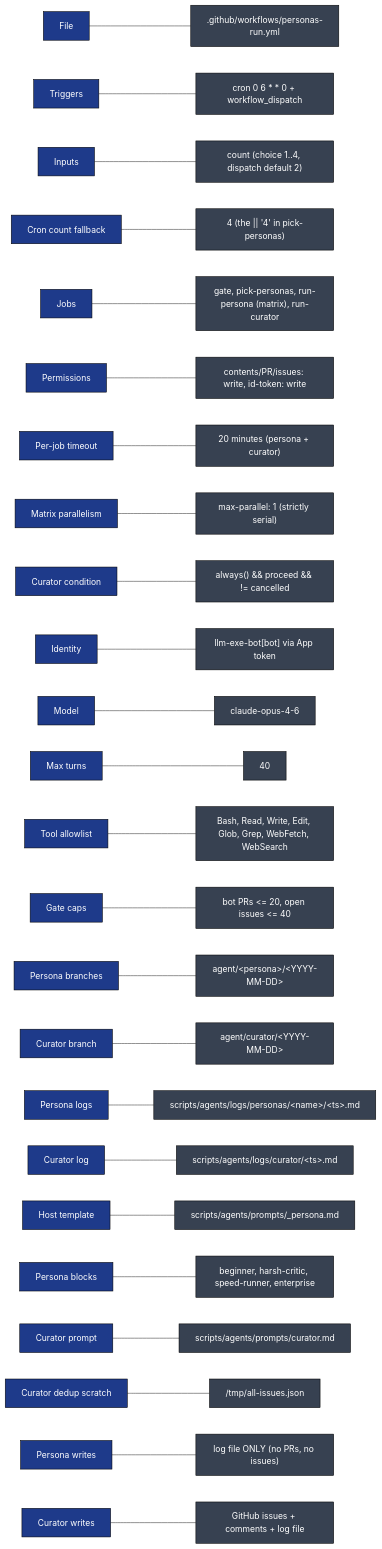
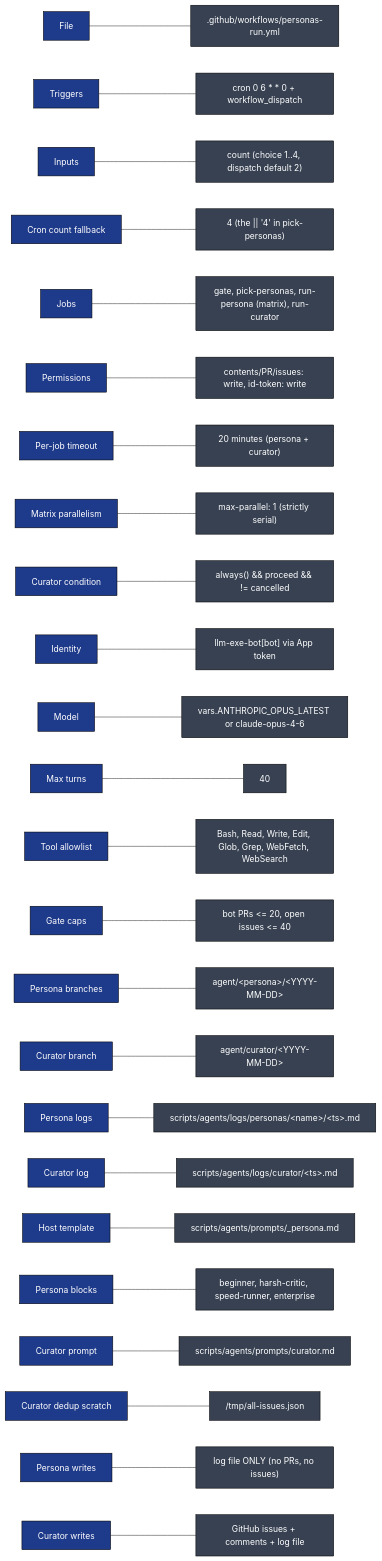
One commit to gregreindel/llm-exe changed diagram 12 of 12 in .github/docs/PERSONAS_RUN_DEEP_DIVE.md. Above: the diagram before and after it, drawn with Mermaid. The commit also changed other lines of this file and 7 other files, not shown here.

````diff
--- a/.github/docs/PERSONAS_RUN_DEEP_DIVE.md
+++ b/.github/docs/PERSONAS_RUN_DEEP_DIVE.md
@@ -668,30 +668,30 @@
 ```mermaid
 flowchart LR
     classDef k fill:#1e3a8a,color:#fff,stroke:#000
     classDef v fill:#374151,color:#fff,stroke:#000
 
     K1["File"]:::k --- V1[".github/workflows/personas-run.yml"]:::v
     K2["Triggers"]:::k --- V2["cron 0 6 * * 0 + workflow_dispatch"]:::v
     K3["Inputs"]:::k --- V3["count (choice 1..4, dispatch default 2)"]:::v
     K4["Cron count fallback"]:::k --- V4["4 (the || '4' in pick-personas)"]:::v
     K5["Jobs"]:::k --- V5["gate, pick-personas, run-persona (matrix), run-curator"]:::v
     K6["Permissions"]:::k --- V6["contents/PR/issues: write, id-token: write"]:::v
     K7["Per-job timeout"]:::k --- V7["20 minutes (persona + curator)"]:::v
     K8["Matrix parallelism"]:::k --- V8["max-parallel: 1 (strictly serial)"]:::v
     K9["Curator condition"]:::k --- V9["always() && proceed && != cancelled"]:::v
     K10["Identity"]:::k --- V10["llm-exe-bot[bot] via App token"]:::v
-    K11["Model"]:::k --- V11["claude-opus-4-6"]:::v
+    K11["Model"]:::k --- V11["vars.ANTHROPIC_OPUS_LATEST or claude-opus-4-6"]:::v
     K12["Max turns"]:::k --- V12["40"]:::v
     K13["Tool allowlist"]:::k --- V13["Bash, Read, Write, Edit, Glob, Grep, WebFetch, WebSearch"]:::v
     K14["Gate caps"]:::k --- V14["bot PRs &lt;= 20, open issues &lt;= 40"]:::v
     K15["Persona branches"]:::k --- V15["agent/&lt;persona&gt;/&lt;YYYY-MM-DD&gt;"]:::v
     K16["Curator branch"]:::k --- V16["agent/curator/&lt;YYYY-MM-DD&gt;"]:::v
     K17["Persona logs"]:::k --- V17["scripts/agents/logs/personas/&lt;name&gt;/&lt;ts&gt;.md"]:::v
     K18["Curator log"]:::k --- V18["scripts/agents/logs/curator/&lt;ts&gt;.md"]:::v
     K19["Host template"]:::k --- V19["scripts/agents/prompts/_persona.md"]:::v
     K20["Persona blocks"]:::k --- V20["beginner, harsh-critic, speed-runner, enterprise"]:::v
     K21["Curator prompt"]:::k --- V21["scripts/agents/prompts/curator.md"]:::v
     K22["Curator dedup scratch"]:::k --- V22["/tmp/all-issues.json"]:::v
     K23["Persona writes"]:::k --- V23["log file ONLY (no PRs, no issues)"]:::v
     K24["Curator writes"]:::k --- V24["GitHub issues + comments + log file"]:::v
 ```
````
